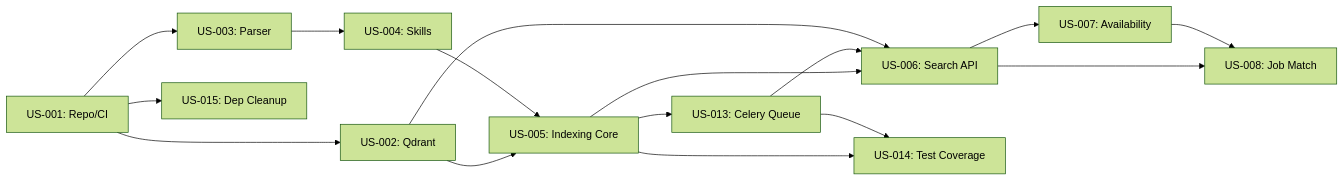
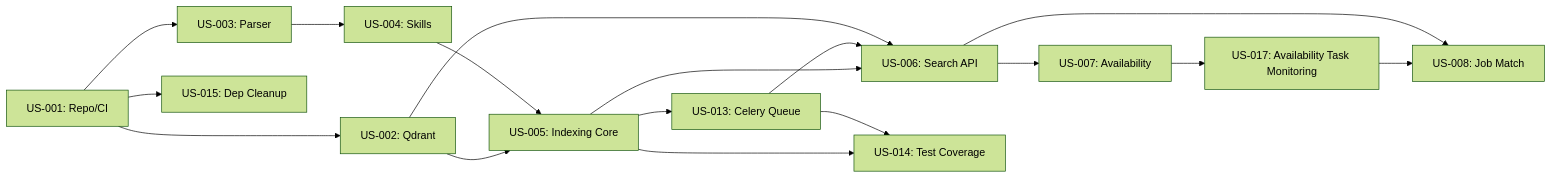
Before and after one commit to giamma80/profilebot: the diagram in docs/USER_STORIES_DETAILED.md, drawn with Mermaid (forest theme). The commit also changed other lines of this file and 1 other file, not shown here.

Commit message:
docs(api): document availability refresh task endpoints

````diff
--- a/docs/USER_STORIES_DETAILED.md
+++ b/docs/USER_STORIES_DETAILED.md
@@ -2301,18 +2345,19 @@
 ```mermaid
 graph LR
     US001[US-001: Repo/CI] --> US002[US-002: Qdrant]
     US001 --> US003[US-003: Parser]
     US002 --> US005[US-005: Indexing Core]
     US003 --> US004[US-004: Skills]
     US004 --> US005
     US005 --> US013[US-013: Celery Queue]
     US005 --> US006[US-006: Search API]
     US013 --> US006
     US002 --> US006
     US006 --> US007[US-007: Availability]
+    US007 --> US017[US-017: Availability Task Monitoring]
+    US017 --> US008[US-008: Job Match]
     US006 --> US008[US-008: Job Match]
-    US007 --> US008
     US005 --> US014[US-014: Test Coverage]
     US013 --> US014
     US001 --> US015[US-015: Dep Cleanup]
 ```
````
